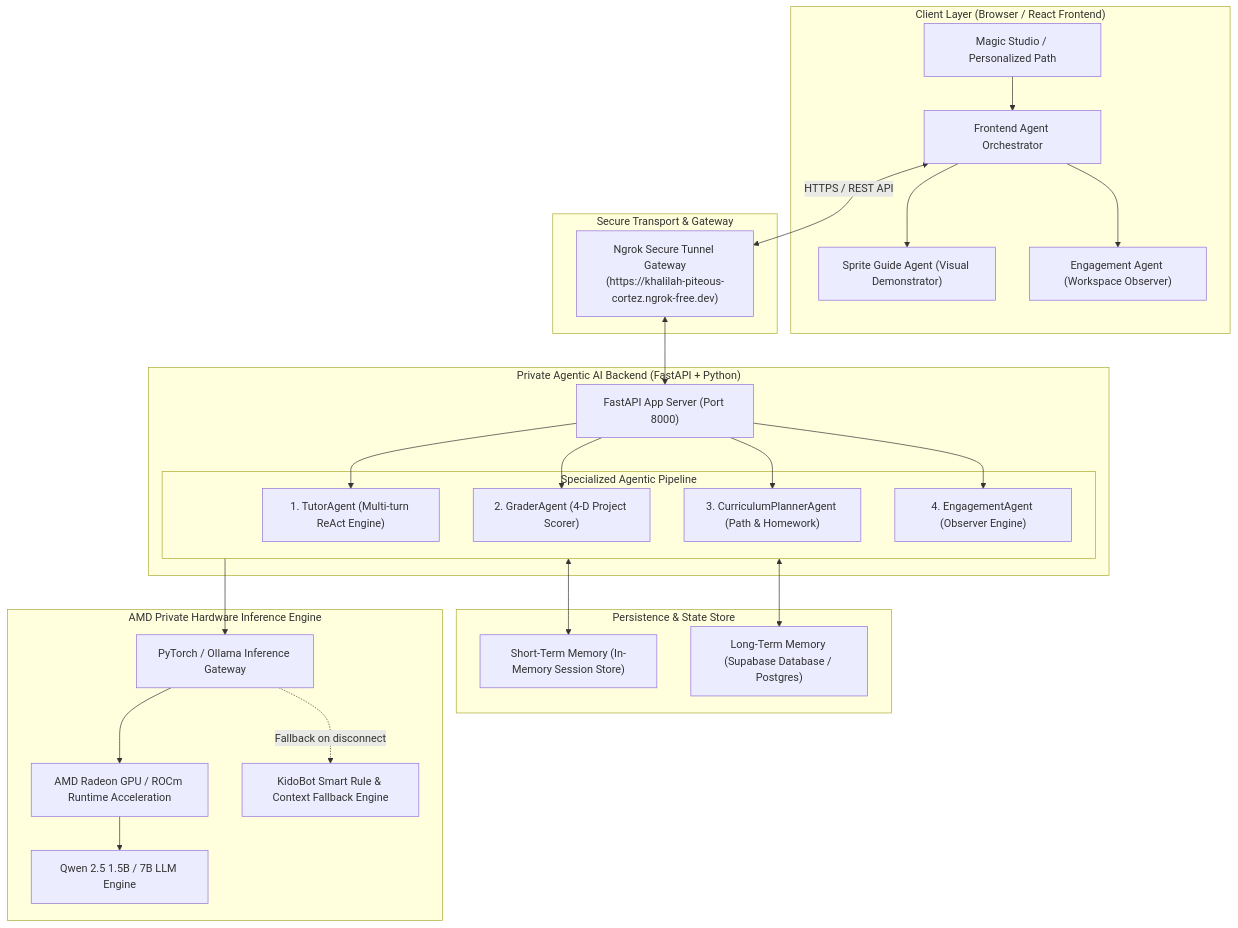
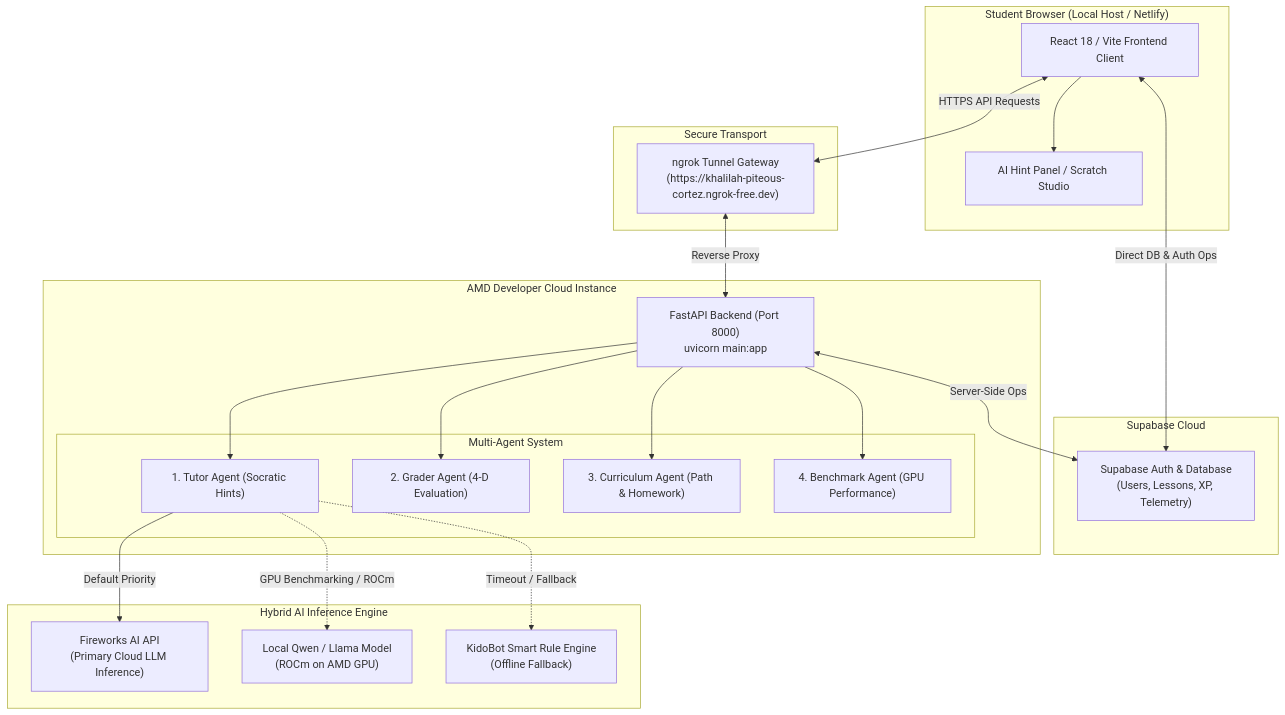
One commit to maria2469/KidoDev changed the first of 2 diagrams in TRACK2_PROJECT_SPECIFICATION.md. Above: the diagram before and after it, drawn with Mermaid. The commit also changed other lines of this file and 3 other files, not shown here.

Commit message:
docs: update project specification and add architecture diagrams for current and target AMD cloud states

````diff
--- a/TRACK2_PROJECT_SPECIFICATION.md
+++ b/TRACK2_PROJECT_SPECIFICATION.md
@@ -37,53 +40,47 @@
 ```mermaid
 flowchart TB
-    subgraph ClientLayer ["Client Layer (Browser / React Frontend)"]
-        UI["Magic Studio / Personalized Path"]
-        AO["Frontend Agent Orchestrator"]
-        VisualAgent["Sprite Guide Agent (Visual Demonstrator)"]
-        ObserverAgent["Engagement Agent (Workspace Observer)"]
-        UI --> AO
-        AO --> VisualAgent
-        AO --> ObserverAgent
+    subgraph Browser ["Student Browser (Local Host / Netlify)"]
+        ReactUI["React 18 / Vite Frontend Client"]
+        AgentPanel["AI Hint Panel / Scratch Studio"]
+        ReactUI --> AgentPanel
     end
 
-    subgraph NetworkLayer ["Secure Transport & Gateway"]
-        Ngrok["Ngrok Secure Tunnel Gateway\n(https://khalilah-piteous-cortez.ngrok-free.dev)"]
-        AO <-->|HTTPS / REST API| Ngrok
+    subgraph SupabaseLayer ["Supabase Cloud"]
+        AuthDB["Supabase Auth & Database\n(Users, Lessons, XP, Telemetry)"]
+        ReactUI <-->|Direct DB & Auth Ops| AuthDB
     end
 
-    subgraph BackendLayer ["Private Agentic AI Backend (FastAPI + Python)"]
-        FastAPI["FastAPI App Server (Port 8000)"]
-        Ngrok <--> FastAPI
+    subgraph Tunnel ["Secure Transport"]
+        NgrokGateway["ngrok Tunnel Gateway\n(https://khalilah-piteous-cortez.ngrok-free.dev)"]
+        ReactUI <-->|HTTPS API Requests| NgrokGateway
+    end
 
-        subgraph Agents ["Specialized Agentic Pipeline"]
-            Tutor["1. TutorAgent (Multi-turn ReAct Engine)"]
-            Grader["2. GraderAgent (4-D Project Scorer)"]
-            Curriculum["3. CurriculumPlannerAgent (Path & Homework)"]
-            Engagement["4. EngagementAgent (Observer Engine)"]
+    subgraph AMDCloud ["AMD Developer Cloud Instance"]
+        FastAPIServer["FastAPI Backend (Port 8000)\nuvicorn main:app"]
+        NgrokGateway <-->|Reverse Proxy| FastAPIServer
+
+        subgraph Agents ["Multi-Agent System"]
+            TutorAgent["1. Tutor Agent (Socratic Hints)"]
+            GraderAgent["2. Grader Agent (4-D Evaluation)"]
+            CurriculumAgent["3. Curriculum Agent (Path & Homework)"]
+            BenchmarkAgent["4. Benchmark Agent (GPU Performance)"]
         end
 
-        FastAPI --> Tutor
-        FastAPI --> Grader
-        FastAPI --> Curriculum
-        FastAPI --> Engagement
+        FastAPIServer --> TutorAgent
+        FastAPIServer --> GraderAgent
+        FastAPIServer --> CurriculumAgent
+        FastAPIServer --> BenchmarkAgent
     end
 
-    subgraph MemoryLayer ["Persistence & State Store"]
-        ShortTerm["Short-Term Memory (In-Memory Session Store)"]
-        LongTerm["Long-Term Memory (Supabase Database / Postgres)"]
-        Agents <--> ShortTerm
-        Agents <--> LongTerm
+    subgraph InferencePipeline ["Hybrid AI Inference Engine"]
+        FireworksAPI["Fireworks AI API\n(Primary Cloud LLM Inference)"]
+        LocalAMDModel["Local Qwen / Llama Model\n(ROCm on AMD GPU)"]
+        FallbackEngine["KidoBot Smart Rule Engine\n(Offline Fallback)"]
+
+        TutorAgent -->|Default Priority| FireworksAPI
+        TutorAgent -.->|GPU Benchmarking / ROCm| LocalAMDModel
+        TutorAgent -.->|Timeout / Fallback| FallbackEngine
     end
 
-    subgraph HardwareLayer ["AMD Private Hardware Inference Engine"]
-        ROCm["AMD Radeon GPU / ROCm Runtime Acceleration"]
-        PyTorch["PyTorch / Ollama Inference Gateway"]
-        Qwen["Qwen 2.5 1.5B / 7B LLM Engine"]
-        Fallback["KidoBot Smart Rule & Context Fallback Engine"]
-
-        Agents --> PyTorch
-        PyTorch --> ROCm
-        ROCm --> Qwen
-        PyTorch -.->|Fallback on disconnect| Fallback
-    end
+    FastAPIServer <-->|Server-Side Ops| AuthDB
 ```
````
